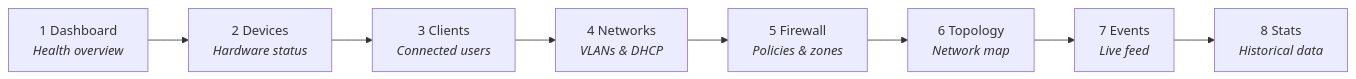
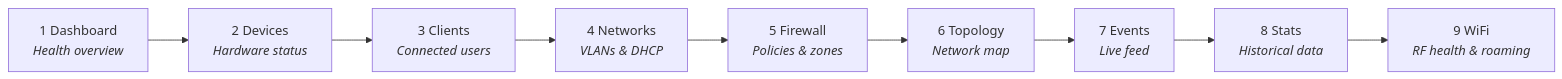
The diagram in docs/guide/quick-start.md (jorgeortiz85/unifly), drawn with Mermaid before and after one commit. The commit also changed other lines of this file and 17 other files, not shown here.

First line of the commit message:
feat(tui): add WiFi dashboard screen with AP health, clients, neighbors, and roaming

````diff
--- a/docs/guide/quick-start.md
+++ b/docs/guide/quick-start.md
@@ -83,10 +83,11 @@
 ```mermaid
 graph LR
     1["1 Dashboard<br/><i>Health overview</i>"] --> 2["2 Devices<br/><i>Hardware status</i>"]
     2 --> 3["3 Clients<br/><i>Connected users</i>"]
     3 --> 4["4 Networks<br/><i>VLANs & DHCP</i>"]
     4 --> 5["5 Firewall<br/><i>Policies & zones</i>"]
     5 --> 6["6 Topology<br/><i>Network map</i>"]
     6 --> 7["7 Events<br/><i>Live feed</i>"]
     7 --> 8["8 Stats<br/><i>Historical data</i>"]
+    8 --> 9["9 WiFi<br/><i>RF health & roaming</i>"]
 ```
````
